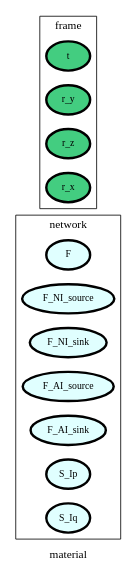
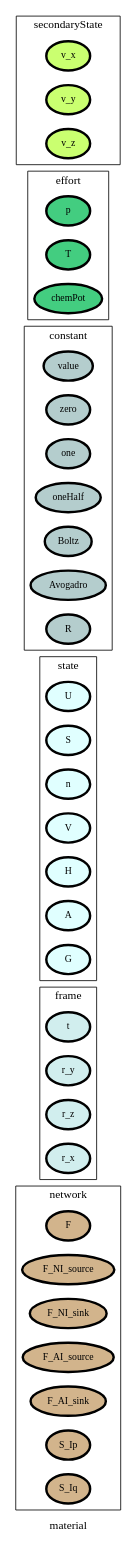
Before and after one commit to heinz-preisig/ProMo13: the diagram in packages/Common/RepositoryInfrastructure/ontology_graphs/graph__material.dot, drawn with Graphviz. The commit also changed 50 other files, not shown here.

```diff
--- a/packages/Common/RepositoryInfrastructure/ontology_graphs/graph__material.dot
+++ b/packages/Common/RepositoryInfrastructure/ontology_graphs/graph__material.dot
@@ -1,70 +1,90 @@
 digraph material {
 label=material;
 rankdir=LR;
 subgraph cluster_material___property {
 label=property;
 rankdir=LR;
 }
 
 subgraph cluster_material___network {
 label=network;
 rankdir=LR;
-V_2 [fillcolor=lightcyan1, fontsize=12, label=F, penwidth=3, style=filled];
-V_3 [fillcolor=lightcyan1, fontsize=12, label=F_NI_source, penwidth=3, style=filled];
-V_4 [fillcolor=lightcyan1, fontsize=12, label=F_NI_sink, penwidth=3, style=filled];
-V_5 [fillcolor=lightcyan1, fontsize=12, label=F_AI_source, penwidth=3, style=filled];
-V_6 [fillcolor=lightcyan1, fontsize=12, label=F_AI_sink, penwidth=3, style=filled];
-V_7 [fillcolor=lightcyan1, fontsize=12, label=S_Ip, penwidth=3, style=filled];
-V_8 [fillcolor=lightcyan1, fontsize=12, label=S_Iq, penwidth=3, style=filled];
+V_2 [fillcolor=tan, fontsize=12, label=F, penwidth=3, style=filled];
+V_3 [fillcolor=tan, fontsize=12, label=F_NI_source, penwidth=3, style=filled];
+V_4 [fillcolor=tan, fontsize=12, label=F_NI_sink, penwidth=3, style=filled];
+V_5 [fillcolor=tan, fontsize=12, label=F_AI_source, penwidth=3, style=filled];
+V_6 [fillcolor=tan, fontsize=12, label=F_AI_sink, penwidth=3, style=filled];
+V_7 [fillcolor=tan, fontsize=12, label=S_Ip, penwidth=3, style=filled];
+V_8 [fillcolor=tan, fontsize=12, label=S_Iq, penwidth=3, style=filled];
 }
 
 subgraph cluster_material___differenceOperator {
 label=differenceOperator;
 rankdir=LR;
 }
 
 subgraph cluster_material___frame {
 label=frame;
 rankdir=LR;
-V_1 [fillcolor=seagreen3, fontsize=12, label=t, penwidth=3, style=filled];
-V_10 [fillcolor=seagreen3, fontsize=12, label=r_y, penwidth=3, style=filled];
-V_11 [fillcolor=seagreen3, fontsize=12, label=r_z, penwidth=3, style=filled];
-V_9 [fillcolor=seagreen3, fontsize=12, label=r_x, penwidth=3, style=filled];
+V_1 [fillcolor=lightcyan2, fontsize=12, label=t, penwidth=3, style=filled];
+V_10 [fillcolor=lightcyan2, fontsize=12, label=r_y, penwidth=3, style=filled];
+V_11 [fillcolor=lightcyan2, fontsize=12, label=r_z, penwidth=3, style=filled];
+V_9 [fillcolor=lightcyan2, fontsize=12, label=r_x, penwidth=3, style=filled];
 }
 
 subgraph cluster_material___state {
 label=state;
 rankdir=LR;
+V_105 [fillcolor=lightcyan1, fontsize=12, label=U, penwidth=3, style=filled];
+V_106 [fillcolor=lightcyan1, fontsize=12, label=S, penwidth=3, style=filled];
+V_107 [fillcolor=lightcyan1, fontsize=12, label=n, penwidth=3, style=filled];
+V_108 [fillcolor=lightcyan1, fontsize=12, label=V, penwidth=3, style=filled];
+V_112 [fillcolor=lightcyan1, fontsize=12, label=H, penwidth=3, style=filled];
+V_113 [fillcolor=lightcyan1, fontsize=12, label=A, penwidth=3, style=filled];
+V_114 [fillcolor=lightcyan1, fontsize=12, label=G, penwidth=3, style=filled];
 }
 
 subgraph cluster_material___constant {
 label=constant;
 rankdir=LR;
+V_101 [fillcolor=lightcyan3, fontsize=12, label=value, penwidth=3, style=filled];
+V_102 [fillcolor=lightcyan3, fontsize=12, label=zero, penwidth=3, style=filled];
+V_103 [fillcolor=lightcyan3, fontsize=12, label=one, penwidth=3, style=filled];
+V_104 [fillcolor=lightcyan3, fontsize=12, label=oneHalf, penwidth=3, style=filled];
+V_118 [fillcolor=lightcyan3, fontsize=12, label=Boltz, penwidth=3, style=filled];
+V_119 [fillcolor=lightcyan3, fontsize=12, label=Avogadro, penwidth=3, style=filled];
+V_120 [fillcolor=lightcyan3, fontsize=12, label=R, penwidth=3, style=filled];
 }
 
 subgraph cluster_material___effort {
 label=effort;
 rankdir=LR;
+V_109 [fillcolor=seagreen3, fontsize=12, label=p, penwidth=3, style=filled];
+V_110 [fillcolor=seagreen3, fontsize=12, label=T, penwidth=3, style=filled];
+V_111 [fillcolor=seagreen3, fontsize=12, label=chemPot, penwidth=3, style=filled];
 }
 
 subgraph cluster_material___secondaryState {
 label=secondaryState;
 rankdir=LR;
+V_115 [fillcolor=darkolivegreen1, fontsize=12, label=v_x, penwidth=3, style=filled];
+V_116 [fillcolor=darkolivegreen1, fontsize=12, label=v_y, penwidth=3, style=filled];
+V_117 [fillcolor=darkolivegreen1, fontsize=12, label=v_z, penwidth=3, style=filled];
 }
 
 subgraph cluster_material___diffState {
 label=diffState;
 rankdir=LR;
 }
 
 subgraph cluster_material___property {
 label=property;
 rankdir=LR;
 }
 
 subgraph cluster_material___conversion {
 label=conversion;
 rankdir=LR;
 }
 
 }
```
